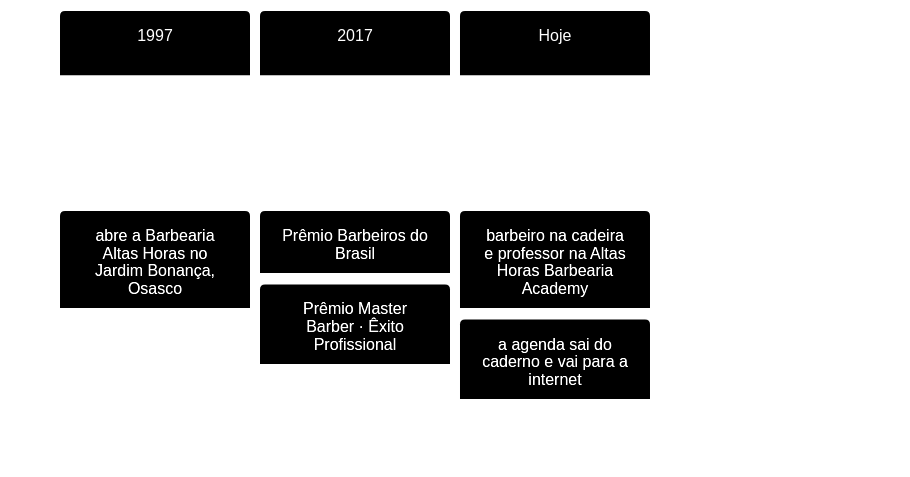
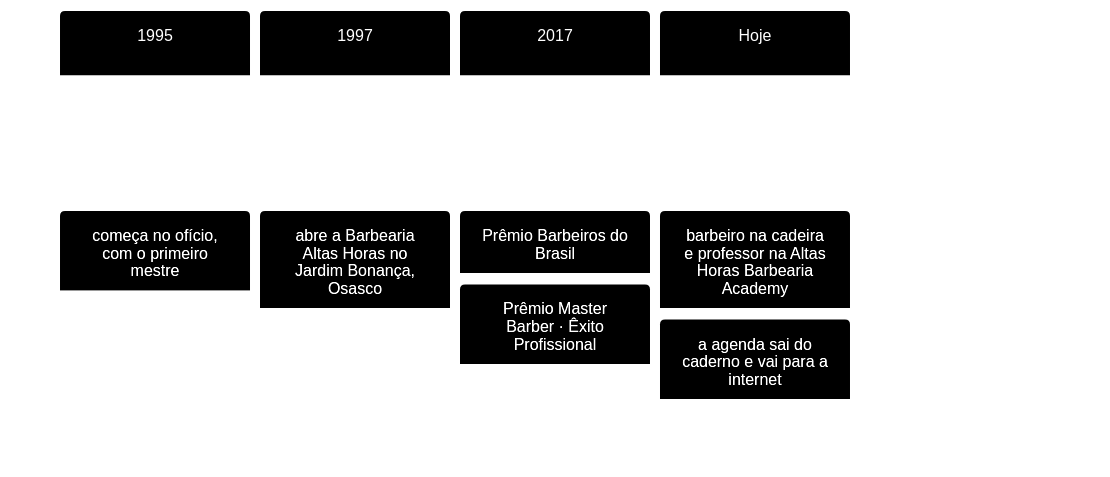
Before and after one commit to k3vinrich4rd/barbearia-altas-horas: the first of 5 diagrams in README.md, drawn with Mermaid. The commit also changed other lines of this file, not shown here.

Commit message:
docs(readme): conta a história em ordem cronológica, com 1995 como está no post do Eduardo

````diff
--- a/README.md
+++ b/README.md
@@ -65,9 +65,10 @@
 ```mermaid
 %%{init: {'theme':'base','themeVariables':{'primaryColor':'#0A0A0A','primaryTextColor':'#FFFFFF','primaryBorderColor':'#FFFFFF','lineColor':'#7A7A7A','fontFamily':'Georgia, serif'}}}%%
 timeline
+    1995 : começa no ofício, com o primeiro mestre
     1997 : abre a Barbearia Altas Horas no Jardim Bonança, Osasco
     2017 : Prêmio Barbeiros do Brasil
          : Prêmio Master Barber · Êxito Profissional
     Hoje : barbeiro na cadeira e professor na Altas Horas Barbearia Academy
          : a agenda sai do caderno e vai para a internet
 ```
````
